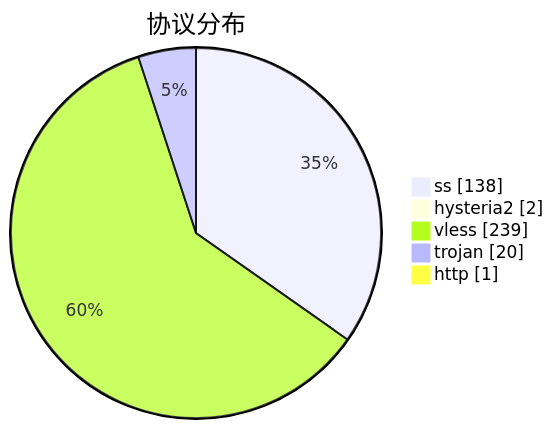
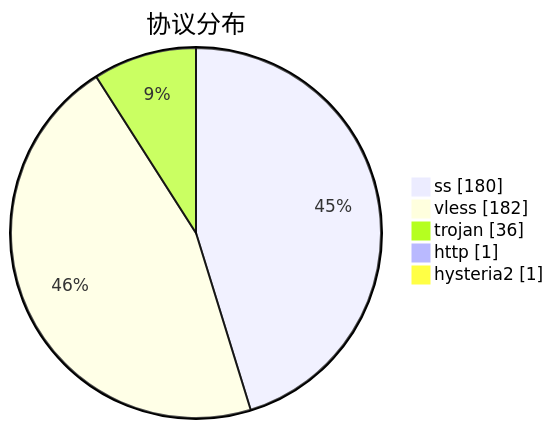
One commit to qjlxg/airport changed the third of 3 diagrams in subs/statistics/tested_within.md. Above: the diagram before and after it, drawn with Mermaid. The commit also changed other lines of this file and 2 other files, not shown here.

````diff
--- a/subs/statistics/tested_within.md
+++ b/subs/statistics/tested_within.md
@@ -18,9 +19,9 @@
 ```mermaid
 pie showData
 title 协议分布
-"ss" : 138
-"hysteria2" : 2
-"vless" : 239
-"trojan" : 20
+"ss" : 180
+"vless" : 182
+"trojan" : 36
 "http" : 1
+"hysteria2" : 1
 ```
````
